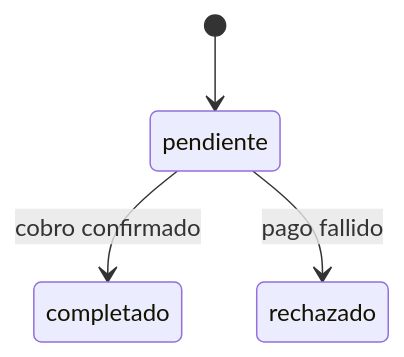
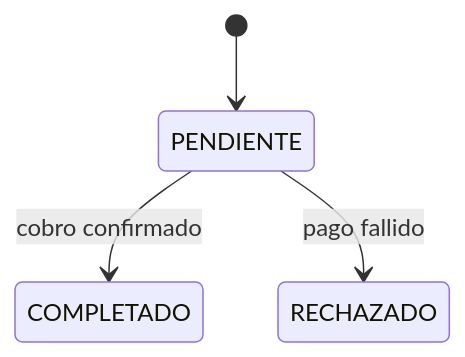
One commit to juanparejog/BarHub2.0 changed the third of 4 diagrams in docs/backend.md. Above: the diagram before and after it, drawn with Mermaid. The commit also changed other lines of this file and 15 other files, not shown here.

````diff
--- a/docs/backend.md
+++ b/docs/backend.md
@@ -211,6 +243,6 @@
 ```mermaid
 stateDiagram-v2
-    [*] --> pendiente
-    pendiente --> completado: cobro confirmado
-    pendiente --> rechazado: pago fallido
+    [*] --> PENDIENTE
+    PENDIENTE --> COMPLETADO: cobro confirmado
+    PENDIENTE --> RECHAZADO: pago fallido
 ```
````
